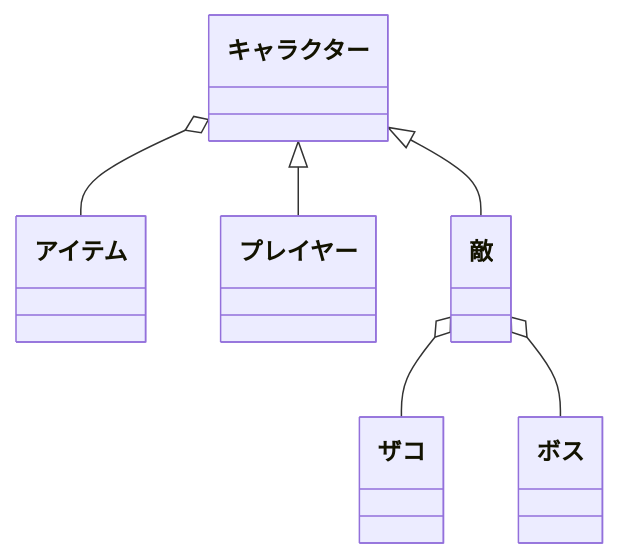
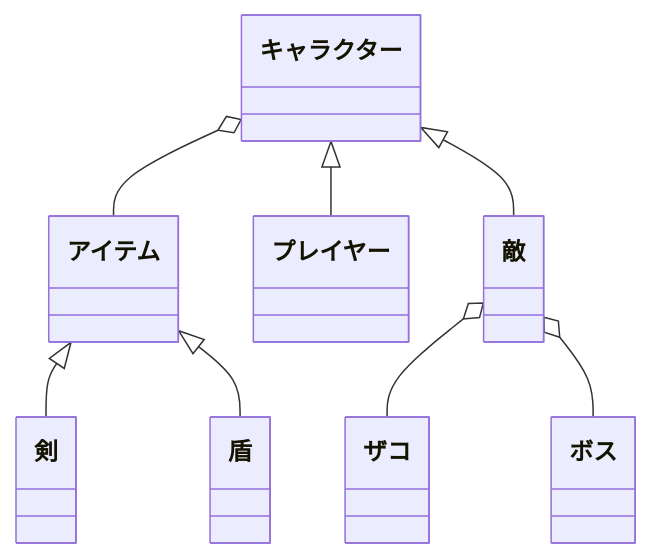
The third of 3 diagrams in README.md (tpu-game-2023/mermaid_test), drawn with Mermaid before and after one commit.

````diff
--- a/README.md
+++ b/README.md
@@ -69,8 +69,10 @@
 ```mermaid
 classDiagram
     キャラクター o-- アイテム
+    アイテム <|-- 剣
+    アイテム <|-- 盾
     キャラクター <|-- プレイヤー
     キャラクター <|-- 敵
     敵 o-- ザコ
     敵 o-- ボス
 ```
````
